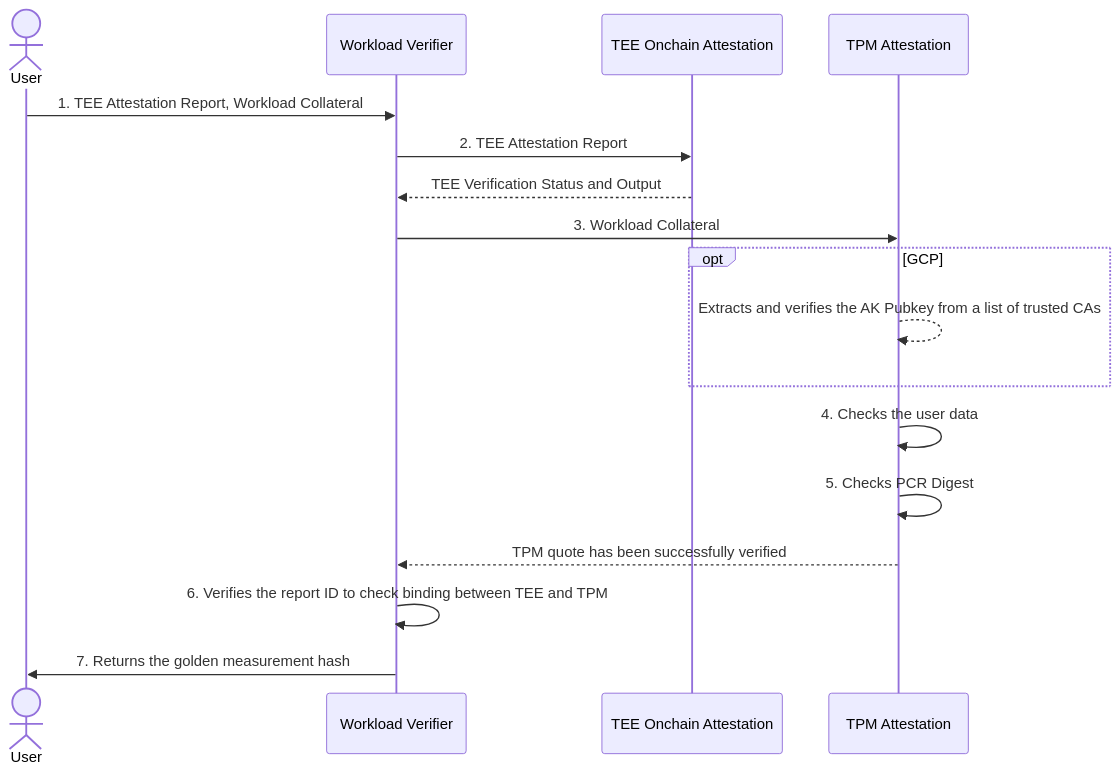
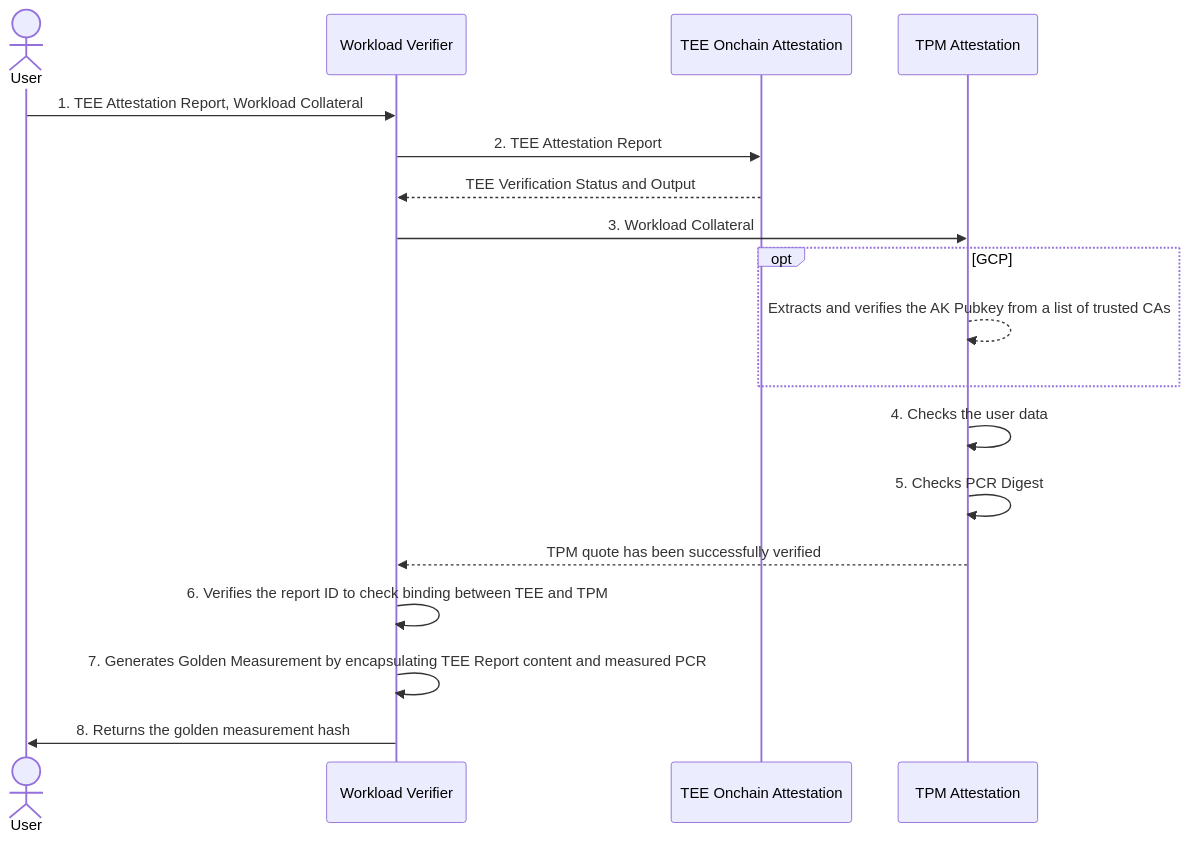
Before and after one commit to automata-network/automata-tee-workload-measurement: the diagram in README.md, drawn with Mermaid. The commit also changed other lines of this file and 7 other files, not shown here.

````diff
--- a/README.md
+++ b/README.md
@@ -13,21 +13,22 @@
 ```mermaid
 sequenceDiagram
     actor U as User
     participant W as Workload Verifier
     participant TEE as TEE Onchain Attestation
     participant TPM as TPM Attestation
 
     U->>W: 1. TEE Attestation Report, Workload Collateral
     W->>TEE: 2. TEE Attestation Report
     TEE-->>W: TEE Verification Status and Output
     W->>TPM: 3. Workload Collateral
     opt GCP
         TPM-->>TPM: Extracts and verifies the AK Pubkey from a list of trusted CAs
     end
     TPM->>TPM: 4. Checks the user data
     TPM->>TPM: 5. Checks PCR Digest
     TPM-->>W: TPM quote has been successfully verified
     W->>W: 6. Verifies the report ID to check binding between TEE and TPM
-    W->>U: 7. Returns the golden measurement hash
+    W->>W: 7. Generates Golden Measurement by encapsulating TEE Report content and measured PCR
+    W->>U: 8. Returns the golden measurement hash
 
 ```
````
